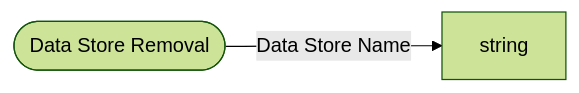
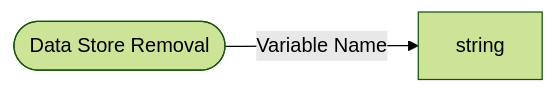
The diagram in schemas/types/Data_Store_Removal.md (bedrock-v/protocol-docs), drawn with Mermaid (forest theme) before and after one commit. The commit also changed 42 other files, not shown here.

````diff
--- a/schemas/types/Data_Store_Removal.md
+++ b/schemas/types/Data_Store_Removal.md
@@ -5,5 +5,5 @@
 ```mermaid
 flowchart LR
   ROOT(["Data Store Removal"])
-  ROOT -->|"Data Store Name"| string["string"]
+  ROOT -->|"Variable Name"| string["string"]
 ```
````
